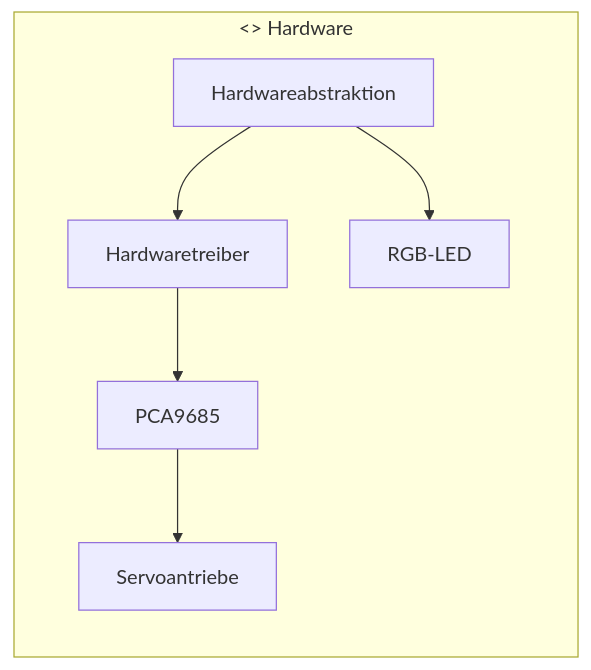
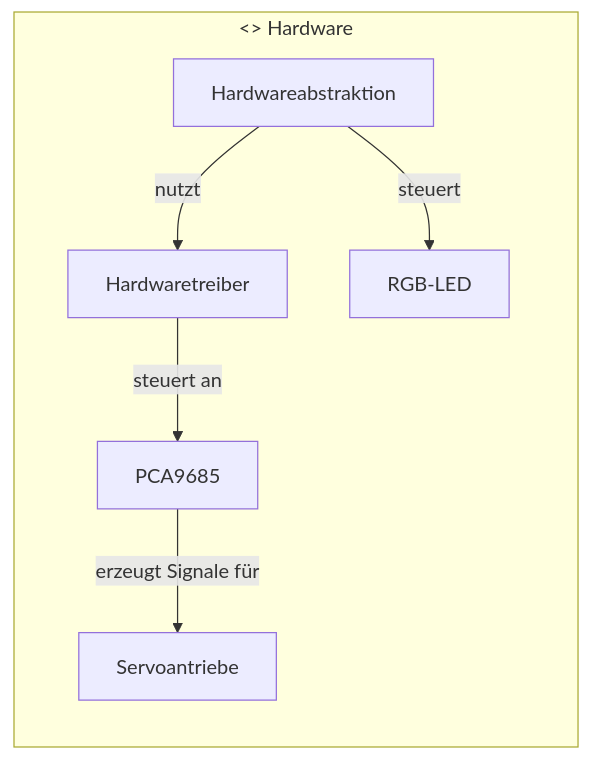
One commit to butz1999/inverse_kinematik changed the fifth of 5 diagrams in doc/projektbeschreibung.md. Above: the diagram before and after it, drawn with Mermaid. The commit also changed other lines of this file, not shown here.

````diff
--- a/doc/projektbeschreibung.md
+++ b/doc/projektbeschreibung.md
@@ -411,15 +411,15 @@
 ```mermaid
 flowchart LR
     subgraph HW["<<component>> Hardware"]
         D1[Hardwareabstraktion]
         D2[Hardwaretreiber]
         D3[PCA9685]
         D4[Servoantriebe]
         D5[RGB-LED]
 
-        D1 --> D2
-        D2 --> D3
-        D3 --> D4
-        D1 --> D5
+        D1 -->|nutzt| D2
+        D2 -->|steuert an| D3
+        D3 -->|erzeugt Signale für| D4
+        D1 -->|steuert| D5
     end
 ```
````
